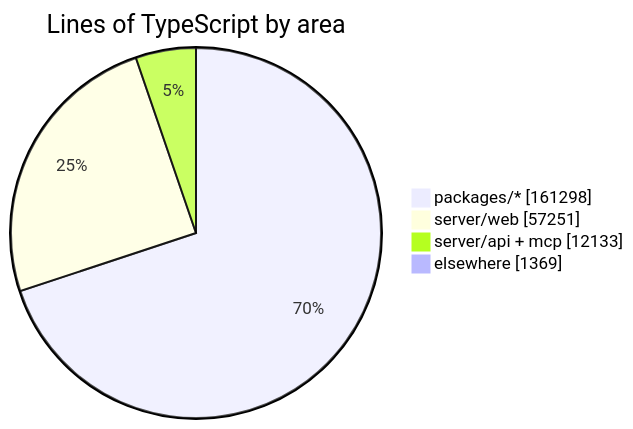
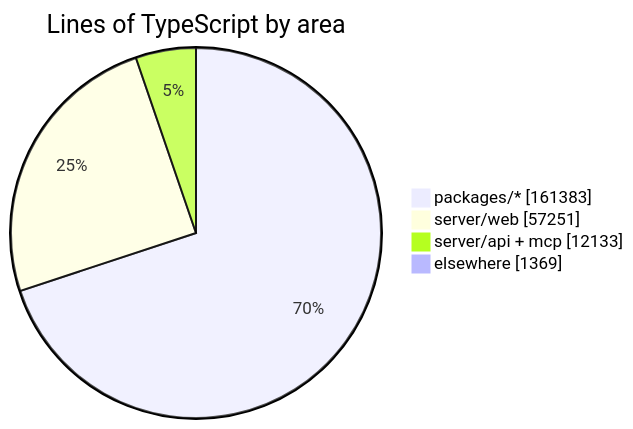
The diagram in README.md (crossworks-engineering/mantle), drawn with Mermaid before and after one commit. The commit also changed other lines of this file and 2 other files, not shown here.

````diff
--- a/README.md
+++ b/README.md
@@ -279,7 +279,7 @@
 ```mermaid
 pie showData title Lines of TypeScript by area
-    "packages/*" : 161298
+    "packages/*" : 161383
     "server/web" : 57251
     "server/api + mcp" : 12133
     "elsewhere" : 1369
 ```
````
